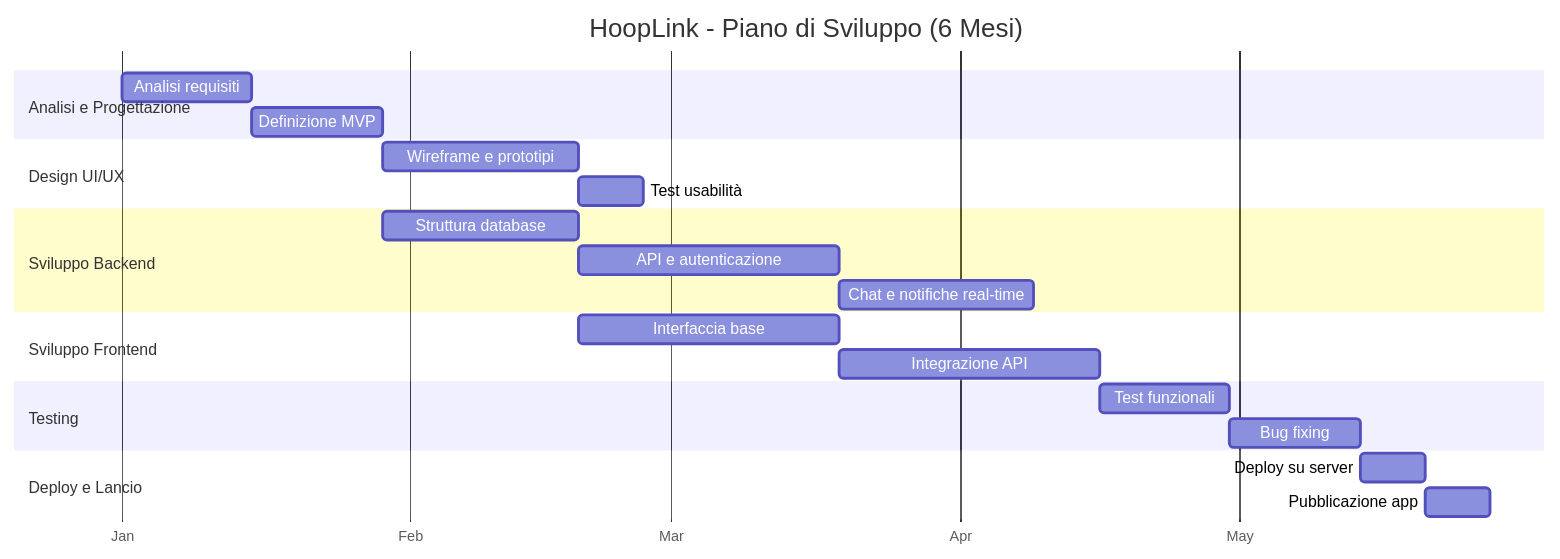
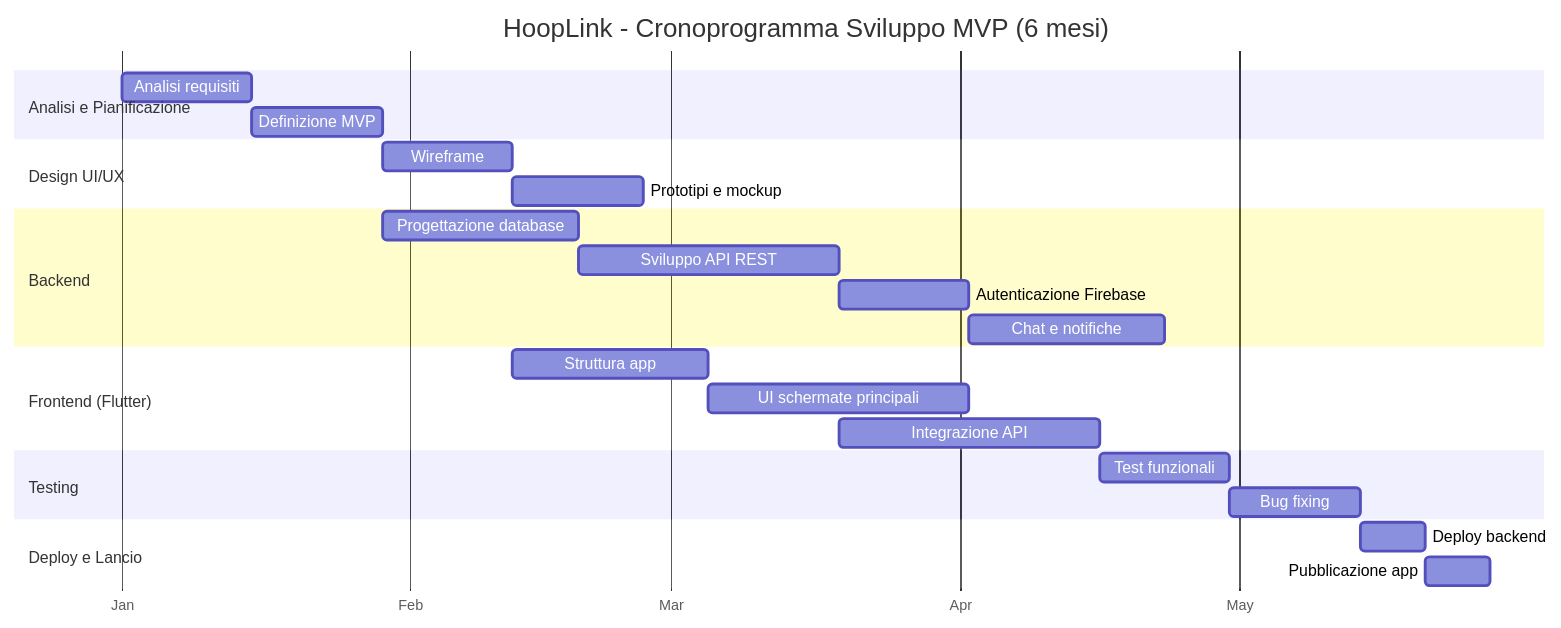
One commit to Silvalore/ProgettoGEP changed the second of 2 diagrams in README.md. Above: the diagram before and after it, drawn with Mermaid. The commit also changed other lines of this file, not shown here.

````diff
--- a/README.md
+++ b/README.md
@@ -315,31 +191,33 @@
 ```mermaid
 gantt
-    title HoopLink - Piano di Sviluppo (6 Mesi)
+    title HoopLink - Cronoprogramma Sviluppo MVP (6 mesi)
     dateFormat  YYYY-MM-DD
     axisFormat  %b
 
-    section Analisi e Progettazione
-    Analisi requisiti           :a1, 2025-01-01, 2w
+    section Analisi e Pianificazione
+    Analisi requisiti           :a1, 2026-01-01, 2w
     Definizione MVP             :a2, after a1, 2w
 
     section Design UI/UX
-    Wireframe e prototipi       :b1, after a2, 3w
-    Test usabilità              :b2, after b1, 1w
+    Wireframe                   :b1, after a2, 2w
+    Prototipi e mockup          :b2, after b1, 2w
 
-    section Sviluppo Backend
-    Struttura database          :c1, after a2, 3w
-    API e autenticazione        :c2, after c1, 4w
-    Chat e notifiche real-time  :c3, after c2, 3w
+    section Backend
+    Progettazione database      :c1, after a2, 3w
+    Sviluppo API REST           :c2, after c1, 4w
+    Autenticazione Firebase     :c3, after c2, 2w
+    Chat e notifiche            :c4, after c3, 3w
 
-    section Sviluppo Frontend
-    Interfaccia base            :d1, after b1, 4w
-    Integrazione API            :d2, after c2, 4w
+    section Frontend (Flutter)
+    Struttura app               :d1, after b1, 3w
+    UI schermate principali     :d2, after d1, 4w
+    Integrazione API            :d3, after c2, 4w
 
     section Testing
-    Test funzionali             :e1, after d2, 2w
+    Test funzionali             :e1, after d3, 2w
     Bug fixing                  :e2, after e1, 2w
 
     section Deploy e Lancio
-    Deploy su server            :f1, after e2, 1w
+    Deploy backend              :f1, after e2, 1w
     Pubblicazione app           :f2, after f1, 1w
 ```
````
